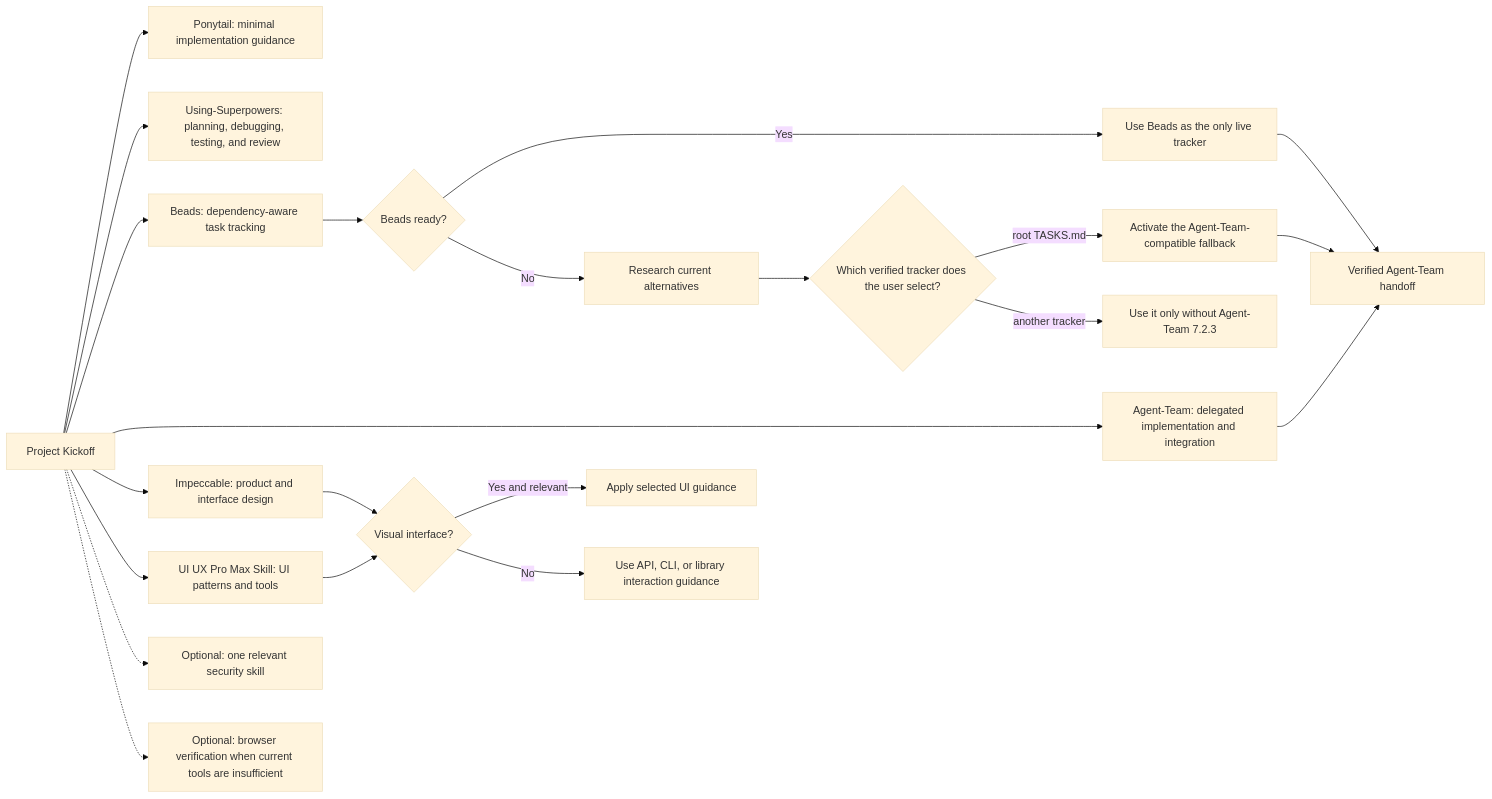
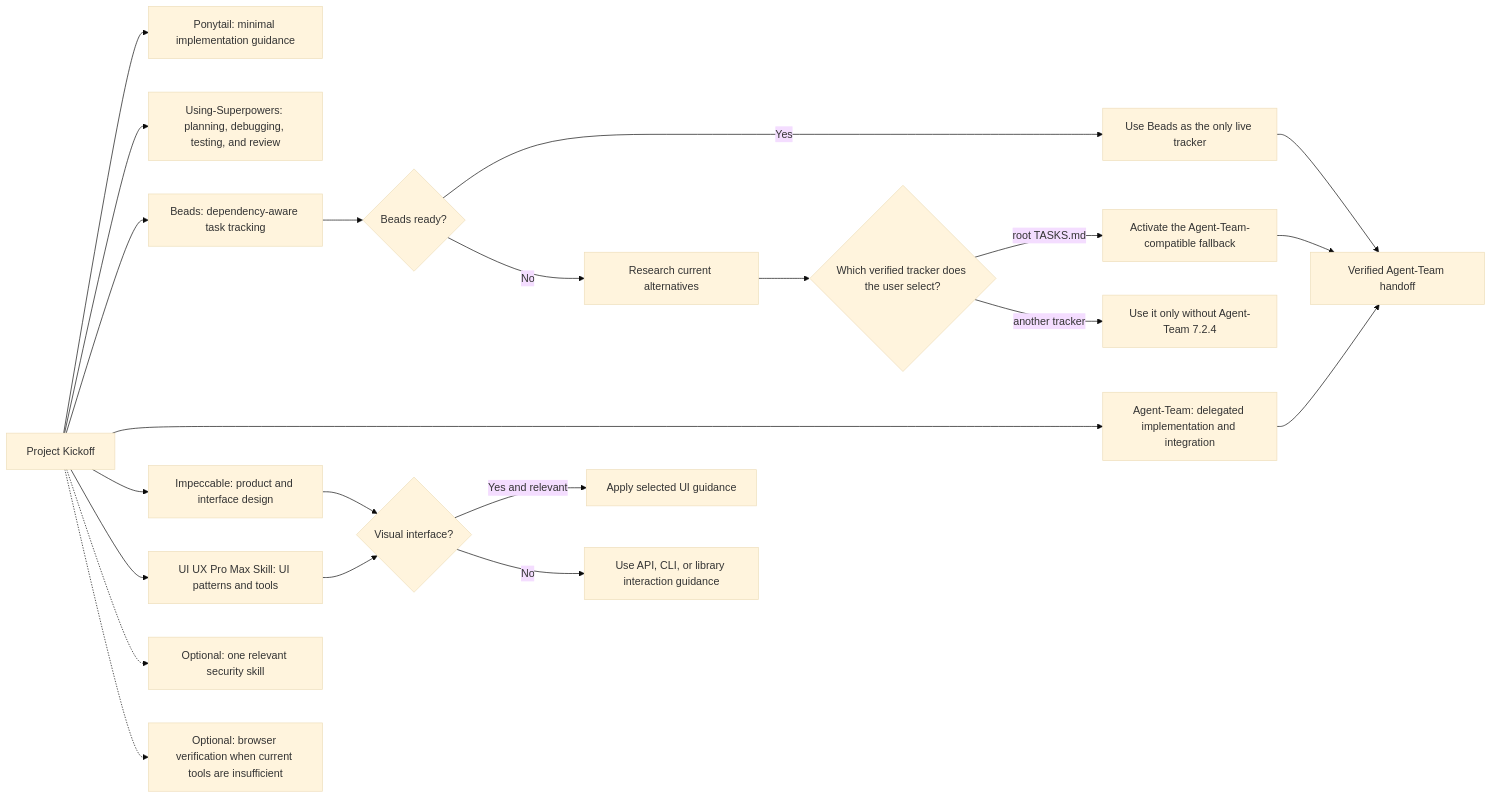
Before and after one commit to thebpandey/project-kickoff: the second of 2 diagrams in README.md, drawn with Mermaid (base theme). The commit also changed other lines of this file and 10 other files, not shown here.

Commit message:
fix: target Agent-Team 7.2.4 handoffs

````diff
--- a/README.md
+++ b/README.md
@@ -156,27 +156,27 @@
 ```mermaid
 flowchart LR
     PK["Project Kickoff"] --> P["Ponytail: minimal implementation guidance"]
     PK --> S["Using-Superpowers: planning, debugging, testing, and review"]
     PK --> B["Beads: dependency-aware task tracking"]
     PK --> A["Agent-Team: delegated implementation and integration"]
     PK --> I["Impeccable: product and interface design"]
     PK --> UI["UI UX Pro Max Skill: UI patterns and tools"]
 
     B --> BR{"Beads ready?"}
     BR -->|Yes| BT["Use Beads as the only live tracker"]
     BR -->|No| RESEARCH["Research current alternatives"]
     RESEARCH --> USER{"Which verified tracker does the user select?"}
     USER -->|root TASKS.md| FT["Activate the Agent-Team-compatible fallback"]
-    USER -->|another tracker| NAT["Use it only without Agent-Team 7.2.3"]
+    USER -->|another tracker| NAT["Use it only without Agent-Team 7.2.4"]
 
     I --> VIS{"Visual interface?"}
     UI --> VIS
     VIS -->|Yes and relevant| DESIGN["Apply selected UI guidance"]
     VIS -->|No| NONVIS["Use API, CLI, or library interaction guidance"]
 
     PK -.-> SEC["Optional: one relevant security skill"]
     PK -.-> BROWSER["Optional: browser verification when current tools are insufficient"]
     BT --> HANDOFF["Verified Agent-Team handoff"]
     FT --> HANDOFF
     A --> HANDOFF
 ```
````
